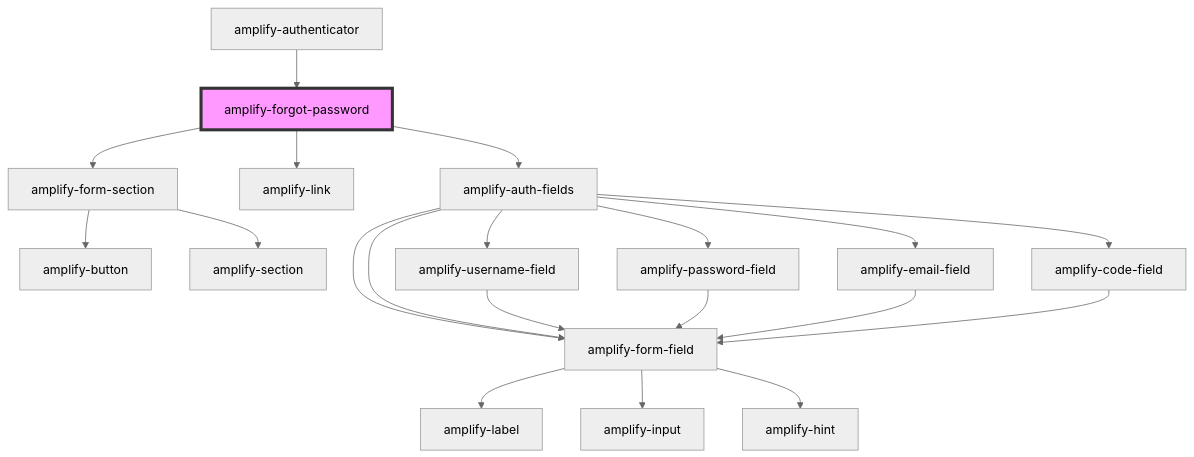
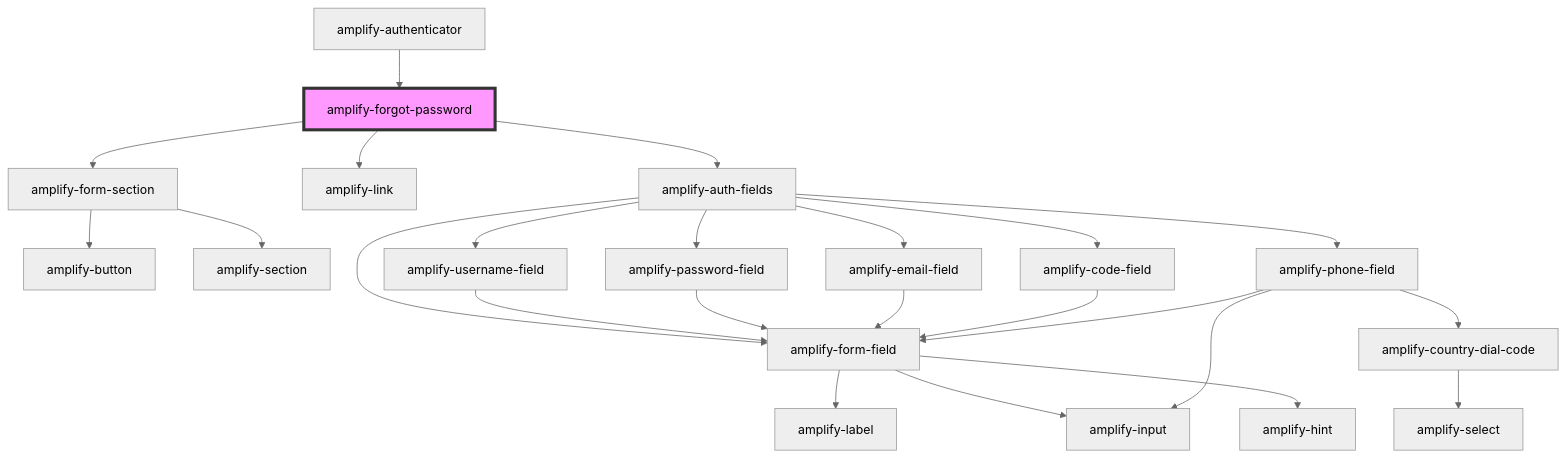
The diagram in packages/amplify-ui-components/src/components/amplify-forgot-password/readme.md (aws-amplify/amplify-js), drawn with Mermaid (neutral theme) before and after one commit. The commit also changed 20 other files, not shown here.

Commit message:
Initial phone field commit

````diff
--- a/packages/amplify-ui-components/src/components/amplify-forgot-password/readme.md
+++ b/packages/amplify-ui-components/src/components/amplify-forgot-password/readme.md
@@ -34,23 +34,27 @@
 ```mermaid
 graph TD;
   amplify-forgot-password --> amplify-form-section
   amplify-forgot-password --> amplify-link
   amplify-forgot-password --> amplify-auth-fields
   amplify-form-section --> amplify-button
   amplify-form-section --> amplify-section
   amplify-auth-fields --> amplify-username-field
   amplify-auth-fields --> amplify-password-field
   amplify-auth-fields --> amplify-email-field
   amplify-auth-fields --> amplify-code-field
-  amplify-auth-fields --> amplify-form-field
+  amplify-auth-fields --> amplify-phone-field
   amplify-auth-fields --> amplify-form-field
   amplify-username-field --> amplify-form-field
   amplify-form-field --> amplify-label
   amplify-form-field --> amplify-input
   amplify-form-field --> amplify-hint
   amplify-password-field --> amplify-form-field
   amplify-email-field --> amplify-form-field
   amplify-code-field --> amplify-form-field
+  amplify-phone-field --> amplify-form-field
+  amplify-phone-field --> amplify-country-dial-code
+  amplify-phone-field --> amplify-input
+  amplify-country-dial-code --> amplify-select
   amplify-authenticator --> amplify-forgot-password
   style amplify-forgot-password fill:#f9f,stroke:#333,stroke-width:4px
 ```
````
